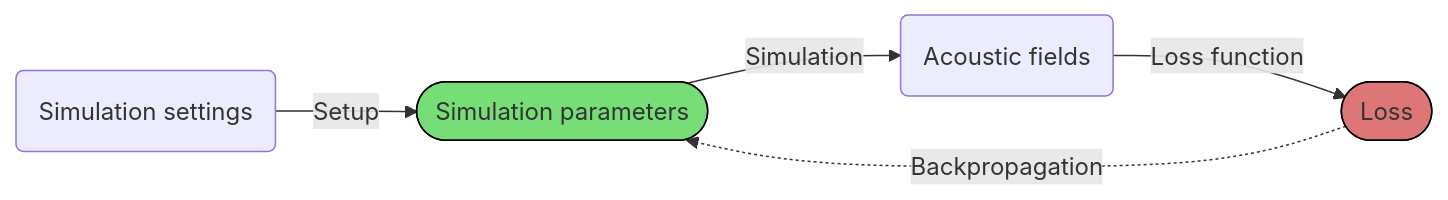
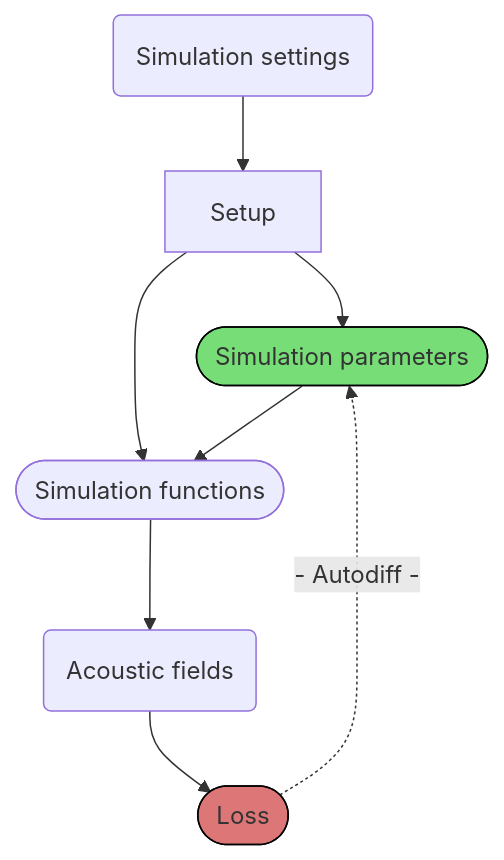
One commit to ucl-bug/jwave changed the diagram in docs/index.md. Above: the diagram before and after it, drawn with Mermaid. The commit also changed other lines of this file and 26 other files, not shown here.

````diff
--- a/docs/index.md
+++ b/docs/index.md
@@ -4,10 +4,14 @@
 ```mermaid
-graph LR
-    A(Simulation settings) -->|Setup| B([Simulation parameters]):::parameter
-    B --> |Simulation| C(Acoustic fields)
-    C --> |Loss function| D([Loss]):::output
-    D -. Backpropagation .-> B
+graph TD
+    A(Simulation settings) --> B[Setup]
+    B --> P([Simulation parameters]):::parameter
+    B --> F([Simulation functions])
+    F --> C(Acoustic fields)
+    P --> F
+
+    C -->  D([Loss]):::output
+    D -.-> | - Autodiff - | P
 
     classDef parameter fill:#7d7,stroke:#000000; 
     classDef output fill:#d77,stroke:#000000; 
 ```
````
